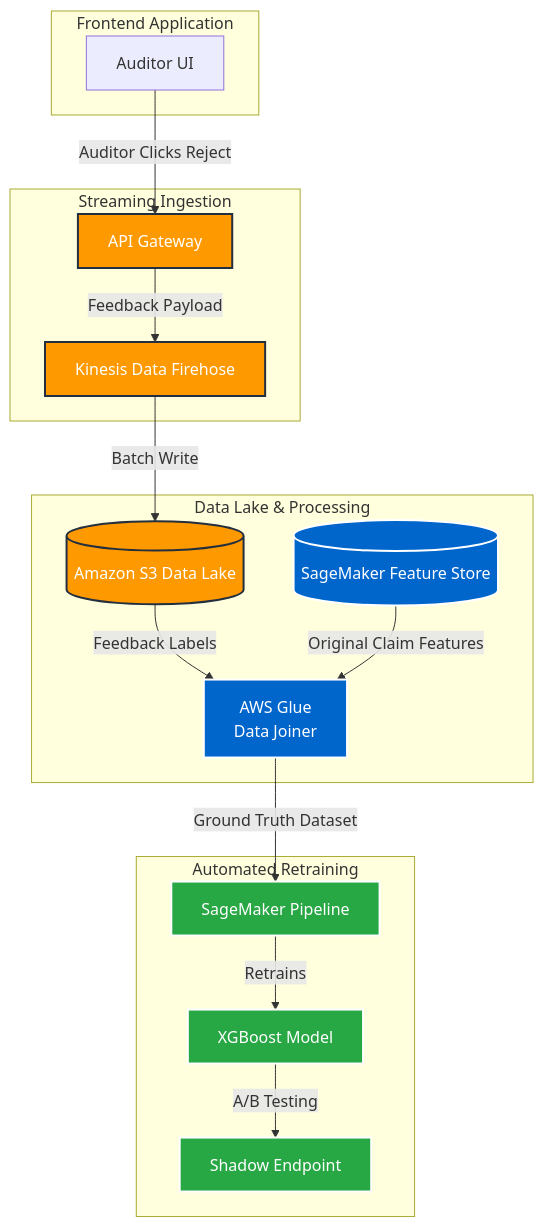
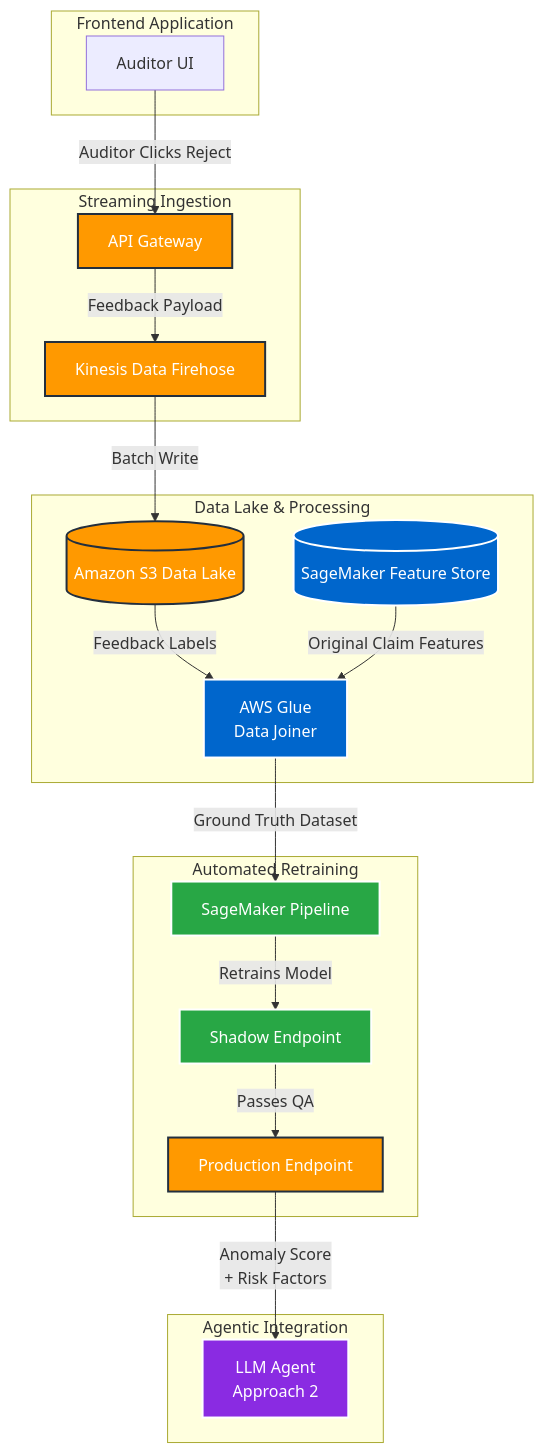
One commit to VinodKumarKP/my_portfolio changed the first of 2 diagrams in src/content/proof-of-concepts/auditor-feedback-loop.md. Above: the diagram before and after it, drawn with Mermaid. The commit also changed other lines of this file, not shown here.

````diff
--- a/src/content/proof-of-concepts/auditor-feedback-loop.md
+++ b/src/content/proof-of-concepts/auditor-feedback-loop.md
@@ -23,40 +25,47 @@
 ```mermaid
 graph TD
     subgraph Frontend Application
         UI[Auditor UI]
     end
 
     subgraph Streaming Ingestion
         API[API Gateway]
         Kin[Kinesis Data Firehose]
     end
 
     subgraph Data Lake & Processing
         S3[(Amazon S3 Data Lake)]
         FS[(SageMaker Feature Store)]
         Glue[AWS Glue\nData Joiner]
     end
 
     subgraph Automated Retraining
         Pipe[SageMaker Pipeline]
-        Model[XGBoost Model]
         Shadow[Shadow Endpoint]
+        Prod[Production Endpoint]
+    end
+
+    subgraph Agentic Integration
+        Agent[LLM Agent\nApproach 2]
     end
 
     UI -->|Auditor Clicks Reject| API
     API -->|Feedback Payload| Kin
     Kin -->|Batch Write| S3
     S3 -->|Feedback Labels| Glue
     FS -->|Original Claim Features| Glue
     Glue -->|Ground Truth Dataset| Pipe
-    Pipe -->|Retrains| Model
-    Model -->|A/B Testing| Shadow
+    Pipe -->|Retrains Model| Shadow
+    Shadow -->|Passes QA| Prod
+    Prod -->|Anomaly Score\n+ Risk Factors| Agent
 
     classDef aws fill:#FF9900,stroke:#232F3E,stroke-width:2px,color:#fff;
     classDef data fill:#0066cc,stroke:#fff,stroke-width:2px,color:#fff;
     classDef ml fill:#28a745,stroke:#fff,stroke-width:2px,color:#fff;
+    classDef hybrid fill:#8a2be2,stroke:#fff,stroke-width:2px,color:#fff;
     
-    class API,Kin,S3 aws;
+    class API,Kin,S3,Prod aws;
     class FS,Glue data;
-    class Pipe,Model,Shadow ml;
+    class Pipe,Shadow ml;
+    class Agent hybrid;
 ```
````
